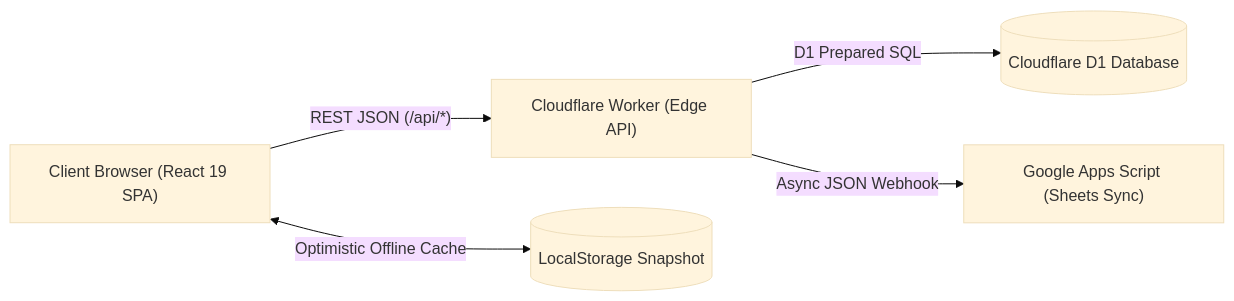
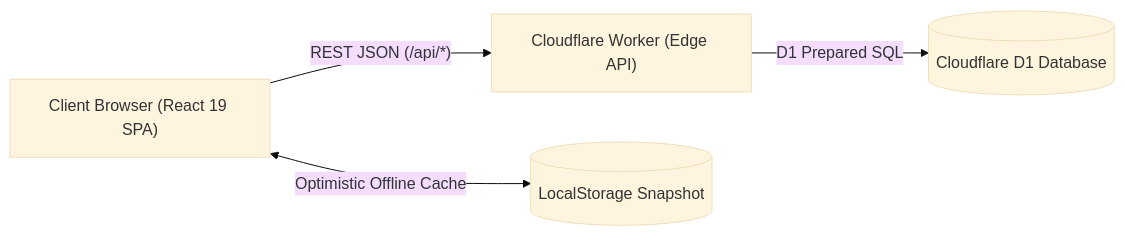
One commit to error-rer/Calendar-QA changed the first of 2 diagrams in HANDOVER.md. Above: the diagram before and after it, drawn with Mermaid (base theme). The commit also changed other lines of this file and 6 other files, not shown here.

````diff
--- a/HANDOVER.md
+++ b/HANDOVER.md
@@ -21,7 +21,6 @@
 ```mermaid
 flowchart LR
     A["Client Browser (React 19 SPA)"] -->|"REST JSON (/api/*)"| B["Cloudflare Worker (Edge API)"]
     B -->|"D1 Prepared SQL"| C[("Cloudflare D1 Database")]
-    B -->|"Async JSON Webhook"| D["Google Apps Script (Sheets Sync)"]
     A <-->|"Optimistic Offline Cache"| E[("LocalStorage Snapshot")]
 ```
````
